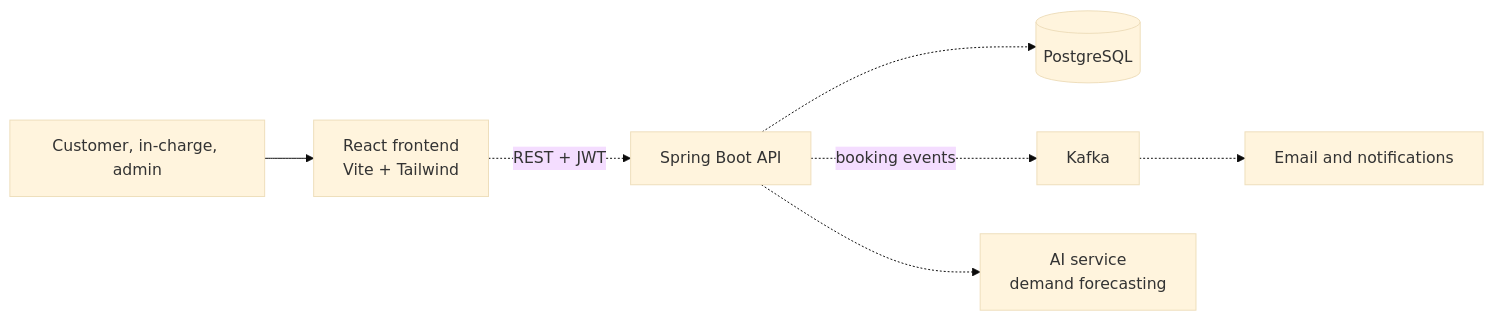
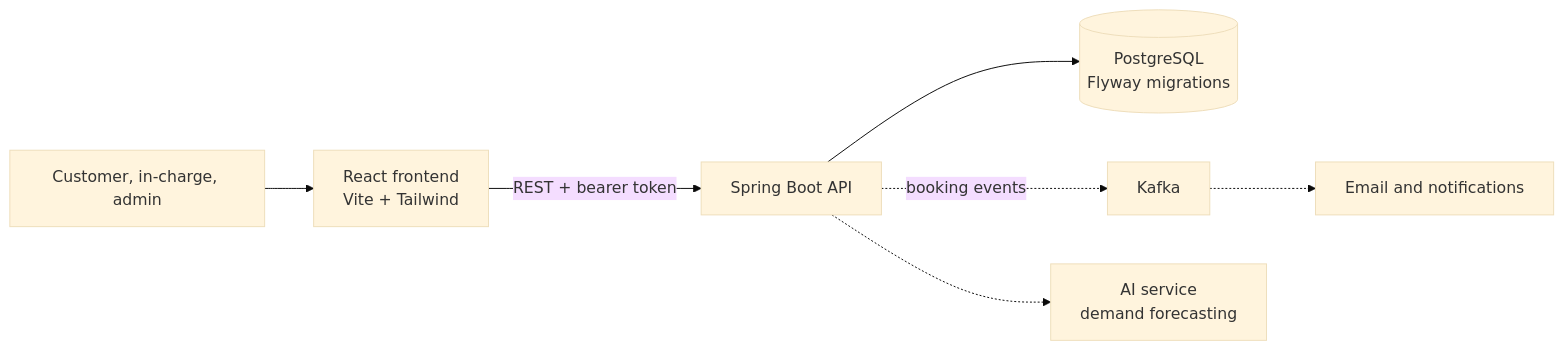
The first of 2 diagrams in README.md (kartikyemul/bounce-002), drawn with Mermaid (base theme) before and after one commit. The commit also changed other lines of this file, not shown here.

Commit message:
readme: architecture, rules, run steps and roadmap

````diff
--- a/README.md
+++ b/README.md
@@ -19,9 +19,9 @@
 ```mermaid
 flowchart LR
   U[Customer, in-charge, admin] --> F[React frontend<br/>Vite + Tailwind]
-  F -.->|REST + JWT| B[Spring Boot API]
-  B -.-> D[(PostgreSQL)]
+  F -->|REST + bearer token| B[Spring Boot API]
+  B --> D[(PostgreSQL<br/>Flyway migrations)]
   B -.->|booking events| K[Kafka]
   K -.-> N[Email and notifications]
   B -.-> A[AI service<br/>demand forecasting]
 ```
````
